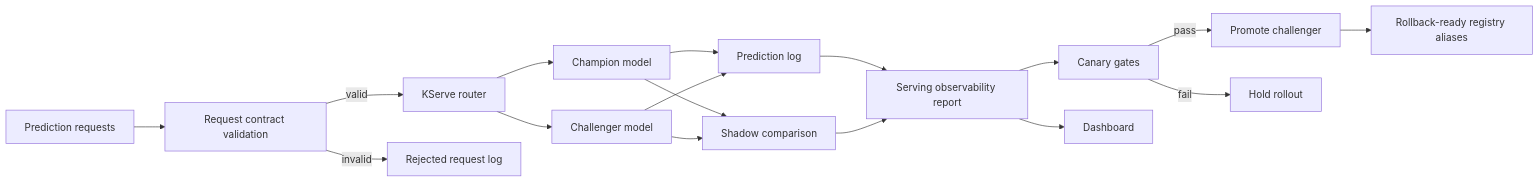
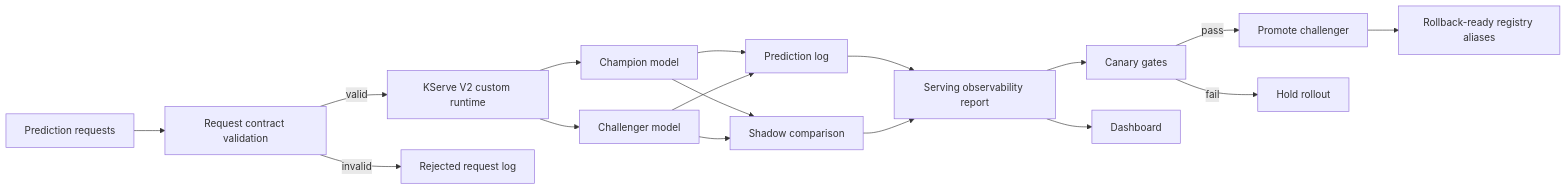
Before and after one commit to kevinmeix1/kserve-model-serving-platform: the diagram in README.md, drawn with Mermaid. The commit also changed other lines of this file and 23 other files, not shown here.

Commit message:
Add runnable KServe V2 serving runtime

````diff
--- a/README.md
+++ b/README.md
@@ -27,19 +32,19 @@
 ```mermaid
 flowchart LR
     A["Prediction requests"] --> B["Request contract validation"]
-    B -->|valid| C["KServe router"]
+    B -->|valid| C["KServe V2 custom runtime"]
     B -->|invalid| D["Rejected request log"]
     C --> E["Champion model"]
     C --> F["Challenger model"]
     E --> G["Prediction log"]
     F --> G
     E --> H["Shadow comparison"]
     F --> H
     G --> I["Serving observability report"]
     H --> I
     I --> J["Canary gates"]
     J -->|pass| K["Promote challenger"]
     J -->|fail| L["Hold rollout"]
     K --> M["Rollback-ready registry aliases"]
     I --> N["Dashboard"]
 ```
````
